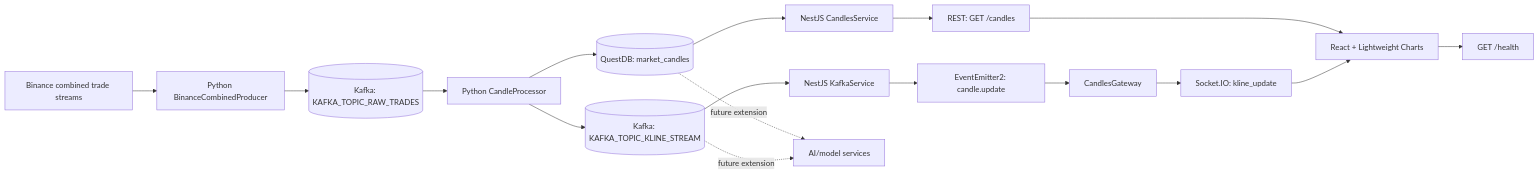
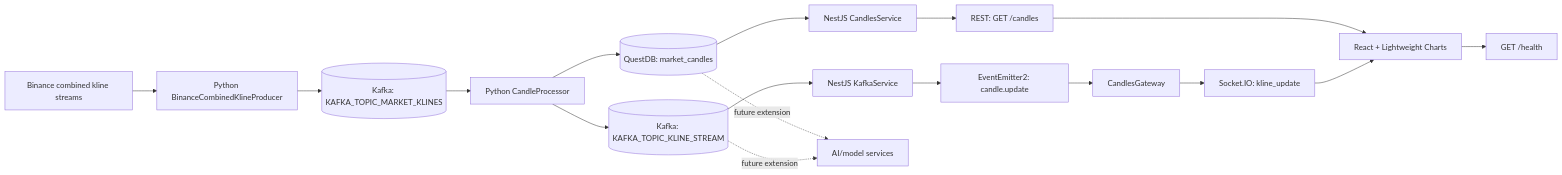
The first of 3 diagrams in docs/architecture.md (Zane-Theodore/NexTick), drawn with Mermaid before and after one commit. The commit also changed other lines of this file and 2 other files, not shown here.

Commit message:
feat(docs): update architecture and overview documentation to reflect kline stream processing and topic changes

````diff
--- a/docs/architecture.md
+++ b/docs/architecture.md
@@ -9,22 +9,22 @@
 ```mermaid
 flowchart LR
-  binance["Binance combined trade streams"] --> producer["Python BinanceCombinedProducer"]
-  producer --> raw[("Kafka: KAFKA_TOPIC_RAW_TRADES")]
-  raw --> processor["Python CandleProcessor"]
+  binance["Binance combined kline streams"] --> producer["Python BinanceCombinedKlineProducer"]
+  producer --> marketKlines[("Kafka: KAFKA_TOPIC_MARKET_KLINES")]
+  marketKlines --> processor["Python CandleProcessor"]
   processor --> questdb[("QuestDB: market_candles")]
   processor --> kline[("Kafka: KAFKA_TOPIC_KLINE_STREAM")]
 
   questdb --> candlesApi["NestJS CandlesService"]
   candlesApi --> rest["REST: GET /candles"]
   kline --> kafkaSvc["NestJS KafkaService"]
   kafkaSvc --> eventBus["EventEmitter2: candle.update"]
   eventBus --> gateway["CandlesGateway"]
   gateway --> socket["Socket.IO: kline_update"]
 
   rest --> frontend["React + Lightweight Charts"]
   socket --> frontend
   frontend --> health["GET /health"]
 
   questdb -. future extension .-> ai["AI/model services"]
   kline -. future extension .-> ai
 ```
````
